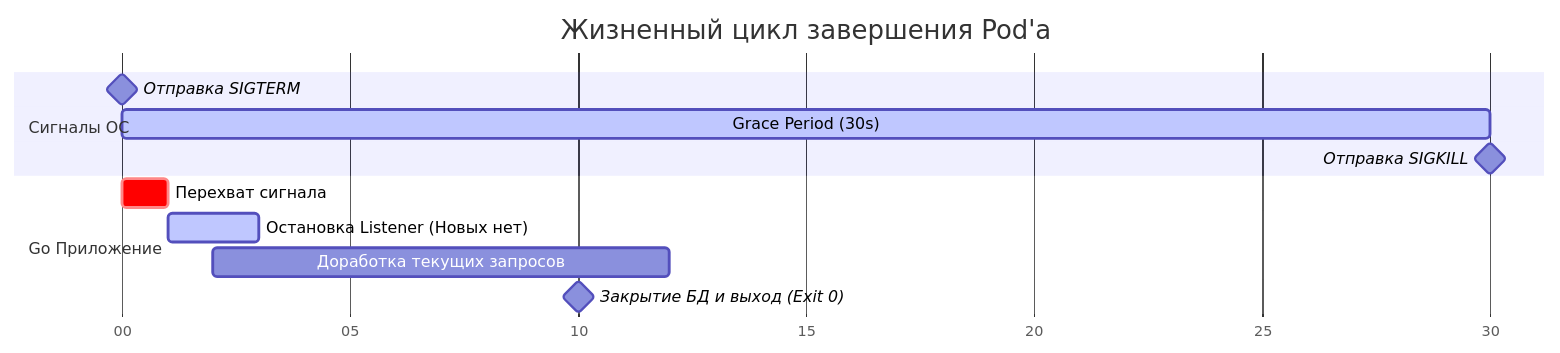
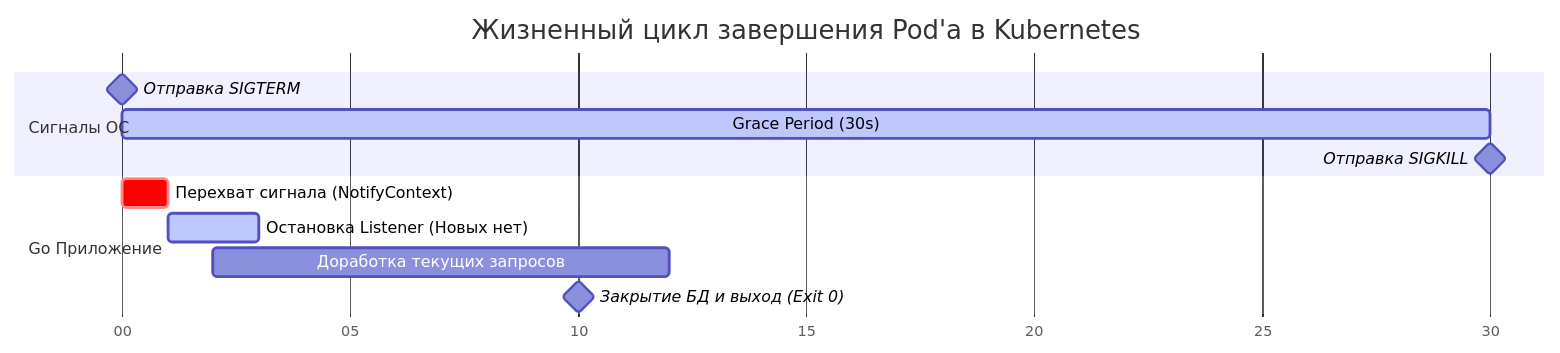
The second of 3 diagrams in sources/10. Проектирование API и Сетевые протоколы/35. Chaos testing API.md (UnrealTemplier/go-textbook), drawn with Mermaid before and after one commit. The commit also changed other lines of this file, not shown here.

````diff
--- a/sources/10. Проектирование API и Сетевые протоколы/35. Chaos testing API.md
+++ b/sources/10. Проектирование API и Сетевые протоколы/35. Chaos testing API.md
@@ -23,17 +65,17 @@
 ```mermaid
 gantt
-    title Жизненный цикл завершения Pod'а
+    title Жизненный цикл завершения Pod'а в Kubernetes
     dateFormat s
     axisFormat %S
     
     section Сигналы ОС
-    Отправка SIGTERM :milestone, m1, 0, 0s
-    Grace Period (30s) :active, a1, 0, 30s
-    Отправка SIGKILL :milestone, m2, 30, 0s
+    Отправка SIGTERM                  :milestone, m1, 0, 0s
+    Grace Period (30s)                :active, a1, 0, 30s
+    Отправка SIGKILL                  :milestone, m2, 30, 0s
     
     section Go Приложение
-    Перехват сигнала :crit, c1, 0, 1s
-    Остановка Listener (Новых нет) :active, c2, 1, 2s
-    Доработка текущих запросов :c3, 2, 10s
-    Закрытие БД и выход (Exit 0) :milestone, m3, 10, 0s
+    Перехват сигнала (NotifyContext)  :crit, c1, 0, 1s
+    Остановка Listener (Новых нет)    :active, c2, 1, 2s
+    Доработка текущих запросов        :c3, 2, 10s
+    Закрытие БД и выход (Exit 0)      :milestone, m3, 10, 0s
 ```
````
